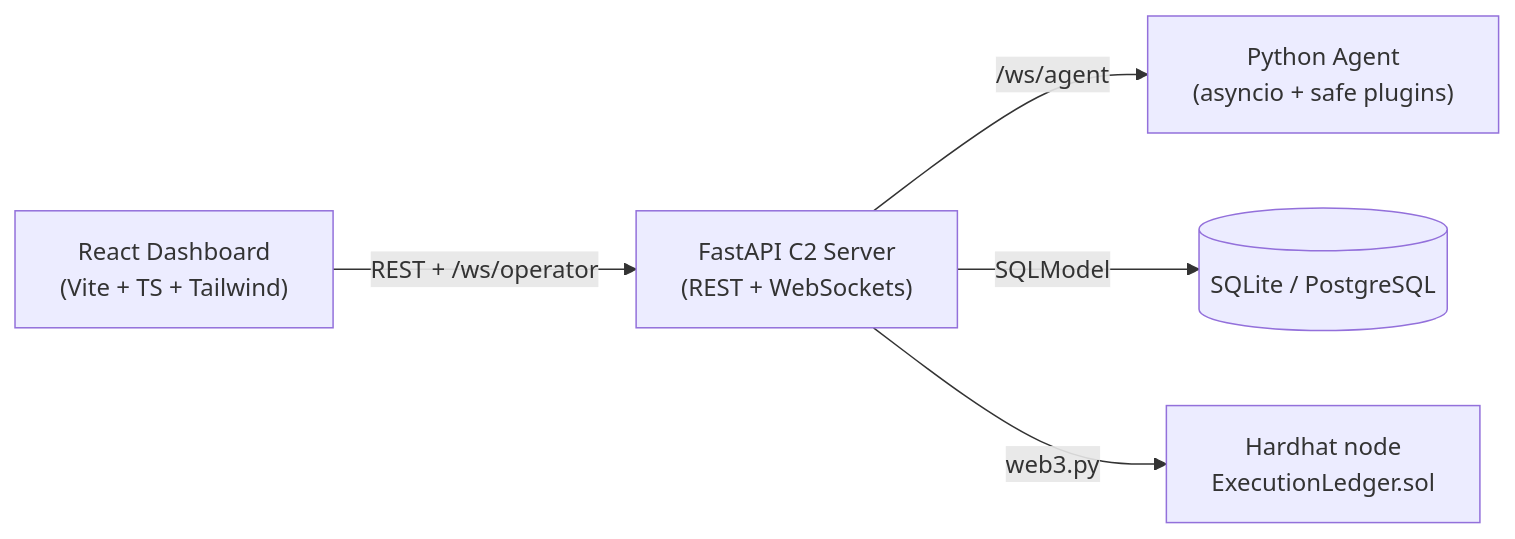
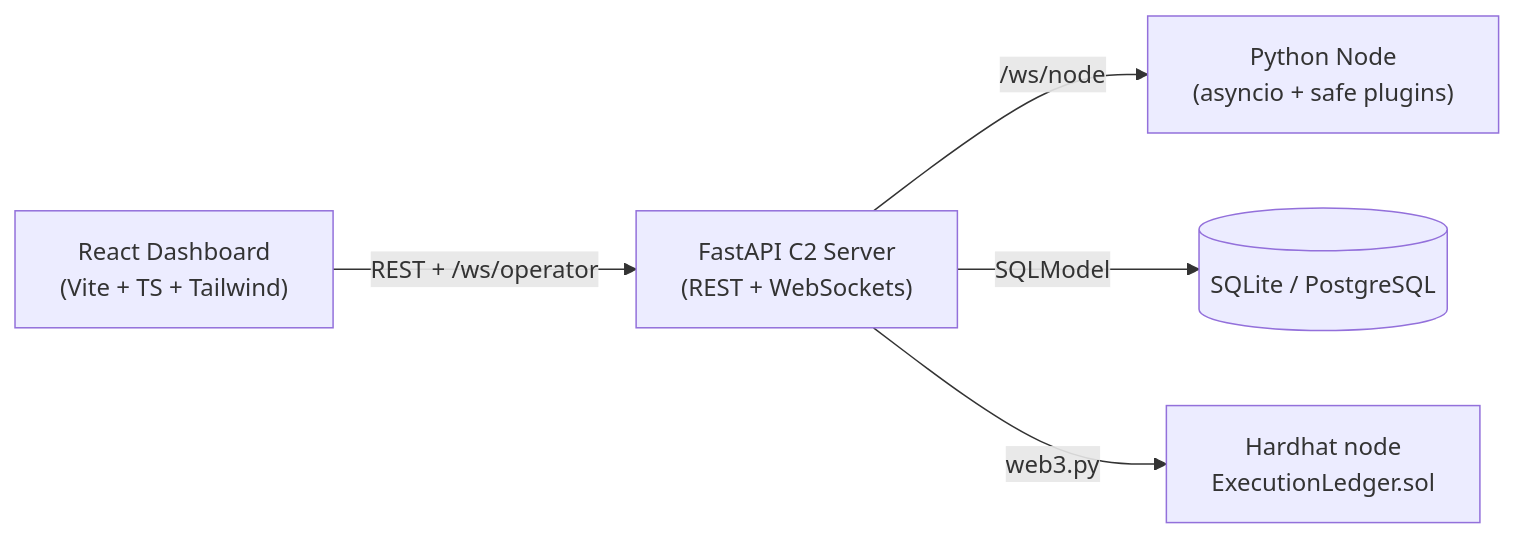
Before and after one commit to ybedoyab/aligo-c2: the diagram in README.md, drawn with Mermaid. The commit also changed other lines of this file and 96 other files, not shown here.

````diff
--- a/README.md
+++ b/README.md
@@ -24,7 +24,7 @@
 ```mermaid
 flowchart LR
   Operator["React Dashboard<br/>(Vite + TS + Tailwind)"] -->|"REST + /ws/operator"| Server
-  Server["FastAPI C2 Server<br/>(REST + WebSockets)"] -->|"/ws/agent"| Agent["Python Agent<br/>(asyncio + safe plugins)"]
+  Server["FastAPI C2 Server<br/>(REST + WebSockets)"] -->|"/ws/node"| NodeRuntime["Python Node<br/>(asyncio + safe plugins)"]
   Server -->|SQLModel| DB[("SQLite / PostgreSQL")]
   Server -->|web3.py| Chain["Hardhat node<br/>ExecutionLedger.sol"]
 ```
````
